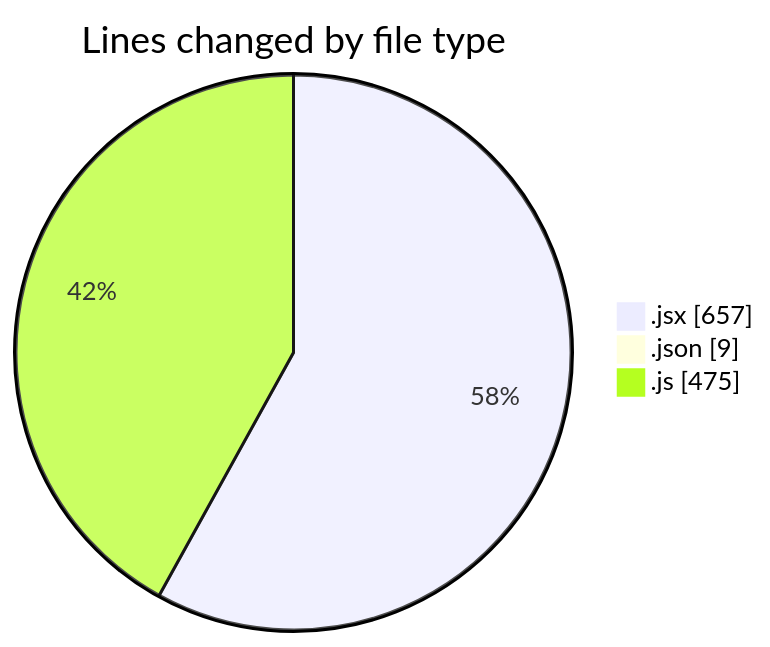
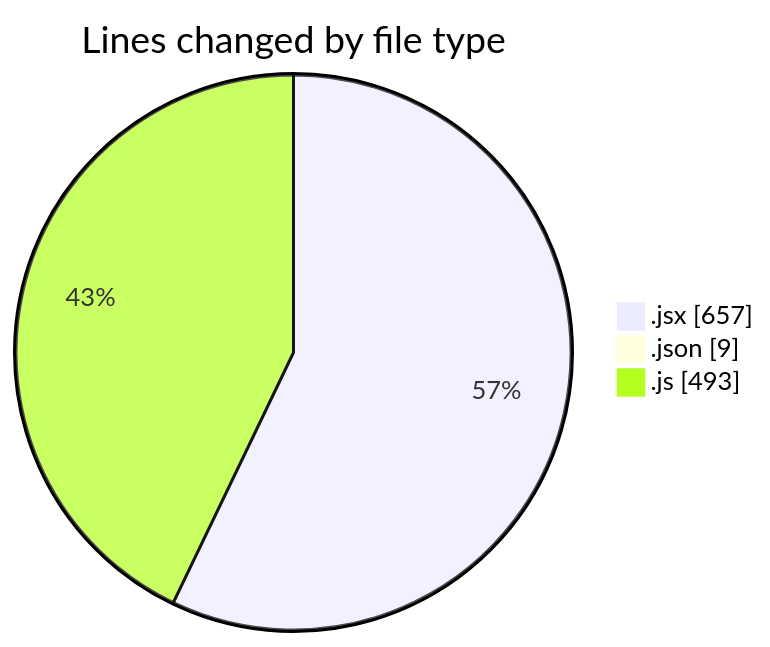
Before and after one commit to nxtqubesakshisongat/code-tracking: the first of 2 diagrams in 2025-07-31/nxtqube_webapp/README.md, drawn with Mermaid. The commit also changed other lines of this file and 1 other file, not shown here.

````diff
--- a/2025-07-31/nxtqube_webapp/README.md
+++ b/2025-07-31/nxtqube_webapp/README.md
@@ -25,7 +25,7 @@
 ```mermaid
 pie showData
 title Lines changed by file type
 ".jsx" : 657
 ".json" : 9
-".js" : 475
+".js" : 493
 ```
````
